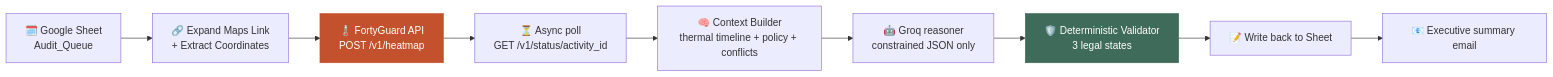
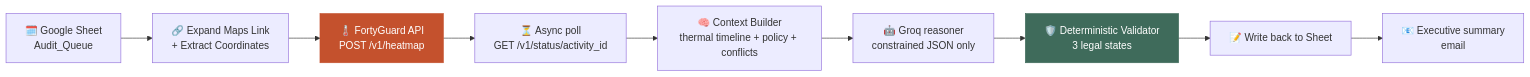
The first of 2 diagrams in README.md (tariq-bawany/therma-shift), drawn with Mermaid before and after one commit. The commit also changed other lines of this file, not shown here.

````diff
--- a/README.md
+++ b/README.md
@@ -164,13 +164,13 @@
 ```mermaid
 flowchart LR
     A["🗓️ Google Sheet<br/>Audit_Queue"] --> B["🔗 Expand Maps Link<br/>+ Extract Coordinates"]
     B --> C["🌡️ FortyGuard API<br/>POST /v1/heatmap"]
     C --> D["⏳ Async poll<br/>GET /v1/status/activity_id"]
     D --> E["🧠 Context Builder<br/>thermal timeline + policy + conflicts"]
     E --> F["🤖 Groq reasoner<br/>constrained JSON only"]
     F --> G["🛡️ Deterministic Validator<br/>3 legal states"]
     G --> H["📝 Write back to Sheet"]
-    H --> I["📧 Executive summary email"]
+    H --> I["📧 Executive summary<br/>email"]
     style C fill:#C4512D,stroke:#C4512D,color:#fff
     style G fill:#3F6B5B,stroke:#3F6B5B,color:#fff
 ```
````
